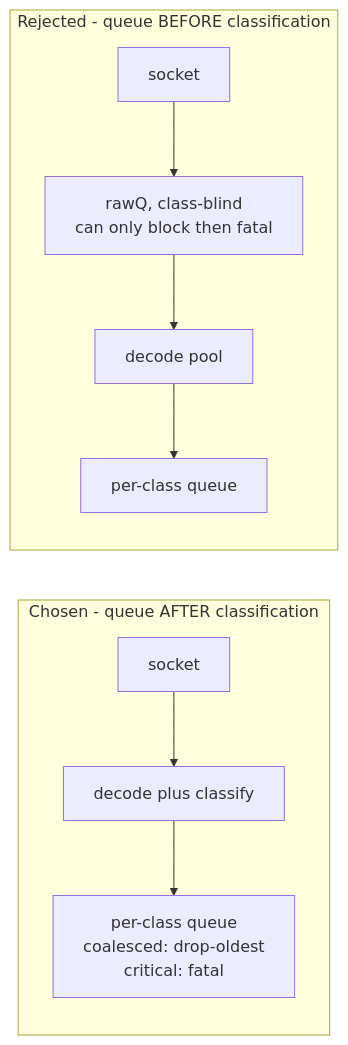
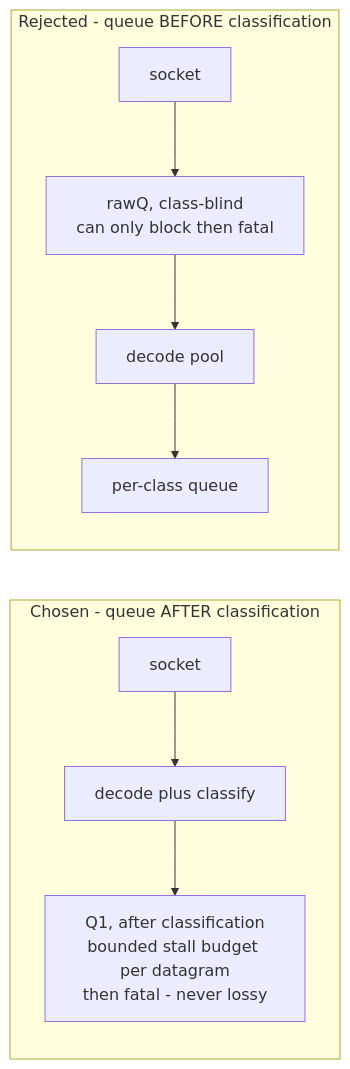
Diagram 15 of 16 in docs/architecture/phase1_hld_design1.md (redwineyards/feedvalve), drawn with Mermaid before and after one commit. The commit also changed other lines of this file, not shown here.

````diff
--- a/docs/architecture/phase1_hld_design1.md
+++ b/docs/architecture/phase1_hld_design1.md
@@ -2485,9 +2684,9 @@
 ```mermaid
 flowchart LR
     subgraph CH["Chosen - queue AFTER classification"]
-        A1["socket"] --> B1["decode plus classify"] --> C1["per-class queue<br/>coalesced: drop-oldest<br/>critical: fatal"]
+        A1["socket"] --> B1["decode plus classify"] --> C1["Q1, after classification<br/>bounded stall budget per datagram<br/>then fatal - never lossy"]
     end
     subgraph RJ["Rejected - queue BEFORE classification"]
         A2["socket"] --> B2["rawQ, class-blind<br/>can only block then fatal"] --> C2["decode pool"] --> D2["per-class queue"]
     end
 ```
````
